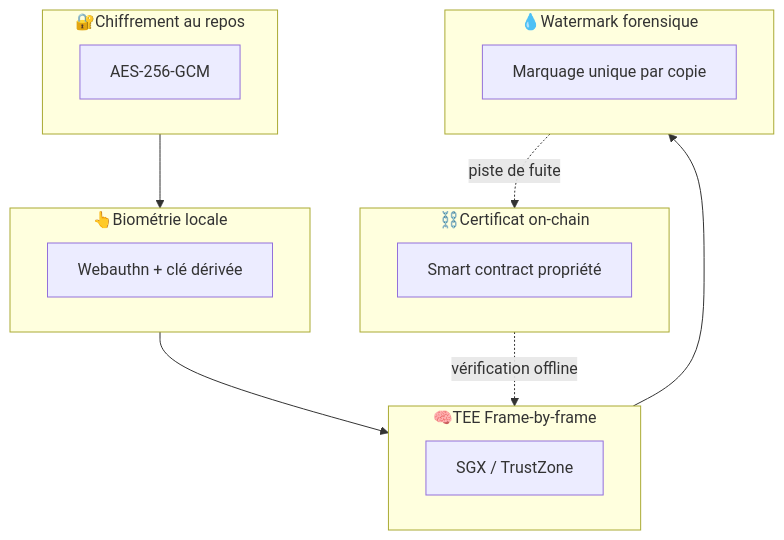
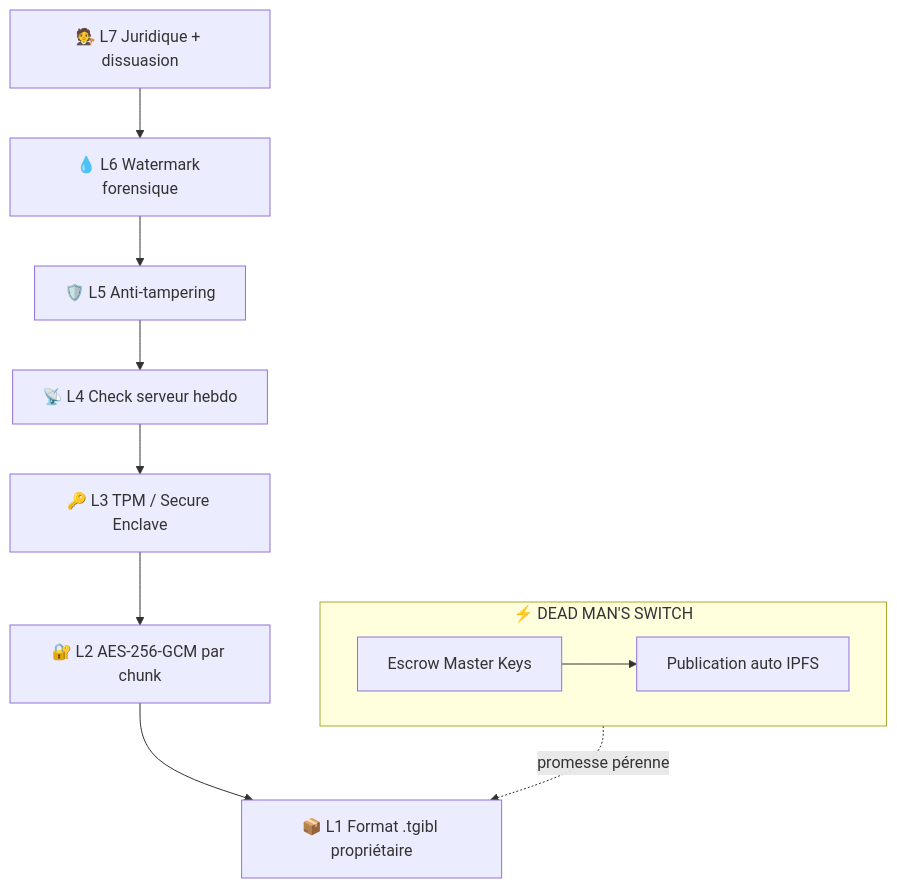
Before and after one commit to Pixnop/tangible: the first of 5 diagrams in content/06 - Technique/Sécurité.md, drawn with Mermaid. The commit also changed other lines of this file and 5 other files, not shown here.

````diff
--- a/content/06 - Technique/Sécurité.md
+++ b/content/06 - Technique/Sécurité.md
@@ -15,24 +31,20 @@
 ```mermaid
 graph TB
-    subgraph L1["🔐Chiffrement au repos"]
-        AES[AES-256-GCM]
-    end
-    subgraph L2["👆Biométrie locale"]
-        BIO[Webauthn + clé dérivée]
-    end
-    subgraph L3["⛓️Certificat on-chain"]
-        CERT[Smart contract propriété]
-    end
-    subgraph L4["🧠TEE Frame-by-frame"]
-        TEE[SGX / TrustZone]
-    end
-    subgraph L5["💧Watermark forensique"]
-        WM[Marquage unique par copie]
+    subgraph DMS["⚡ DEAD MAN'S SWITCH"]
+        direction LR
+        escrow[Escrow Master Keys]
+        autopub[Publication auto IPFS]
+        escrow --> autopub
     end
 
-    L1 --> L2
-    L2 --> L4
-    L3 -.vérification offline.-> L4
-    L4 --> L5
-    L5 -.piste de fuite.-> L3
+    L7[🧑‍⚖️ L7 Juridique + dissuasion]
+    L6[💧 L6 Watermark forensique]
+    L5[🛡️ L5 Anti-tampering]
+    L4[📡 L4 Check serveur hebdo]
+    L3[🔑 L3 TPM / Secure Enclave]
+    L2[🔐 L2 AES-256-GCM par chunk]
+    L1[📦 L1 Format .tgibl propriétaire]
+
+    L7 --> L6 --> L5 --> L4 --> L3 --> L2 --> L1
+    DMS -.promesse pérenne.-> L1
 ```
````
